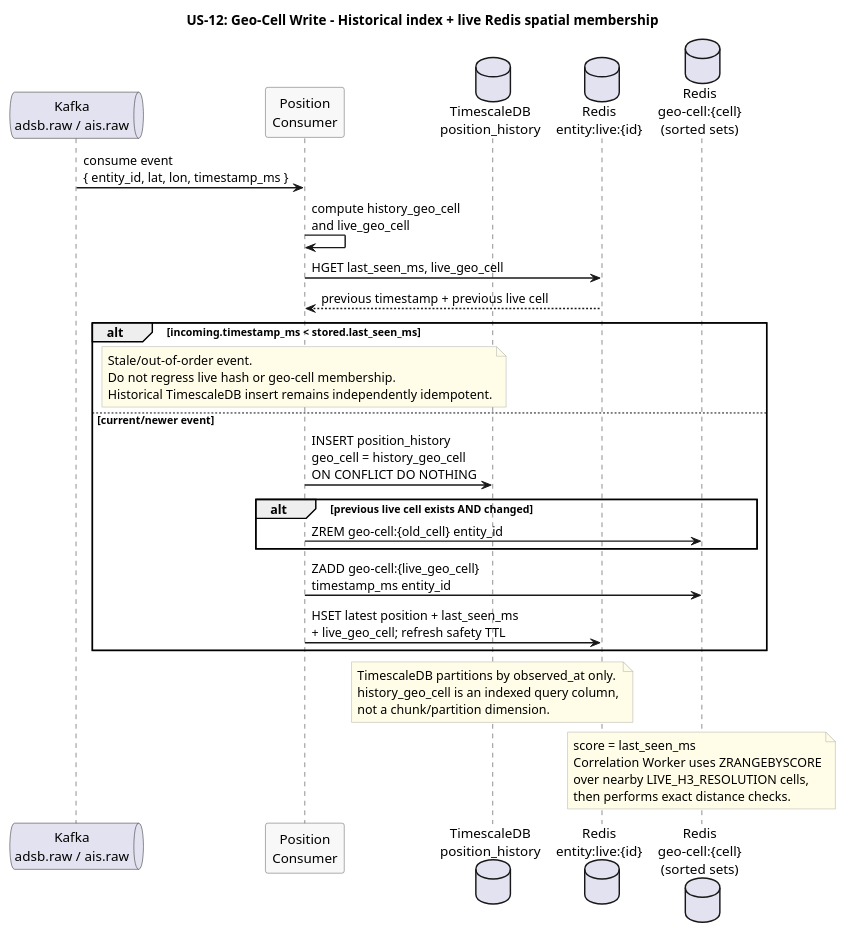
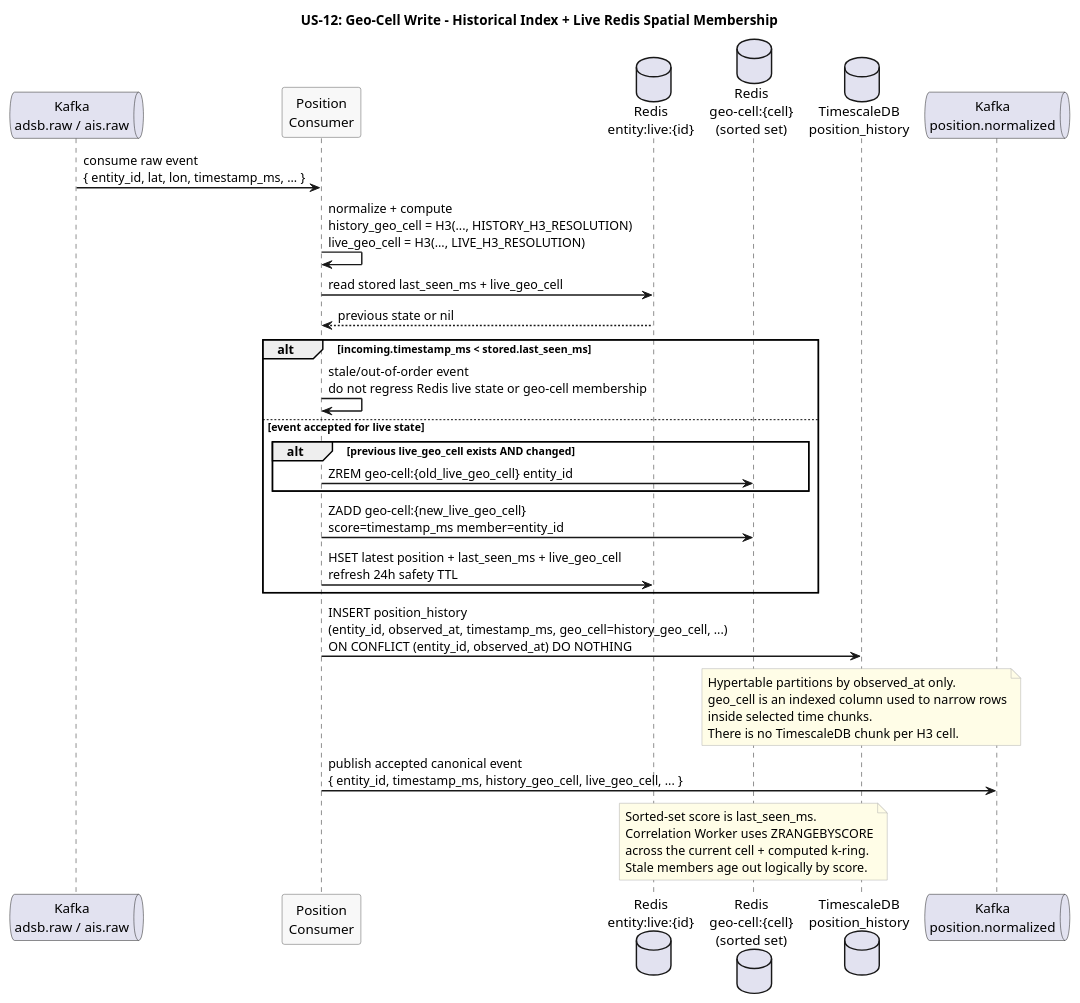
One commit to Buffden/sentinel changed the diagram in docs/use-cases/US-12-geo-spatial-efficiency/geo-cell-write.puml. Above: the diagram before and after it, drawn with PlantUML. The commit also changed 27 other files, not shown here.

Commit message:
docs: align pre-coding contracts and diagrams

```diff
--- a/docs/use-cases/US-12-geo-spatial-efficiency/geo-cell-write.puml
+++ b/docs/use-cases/US-12-geo-spatial-efficiency/geo-cell-write.puml
@@ -1,52 +1,52 @@
 @startuml geo-cell-write
-title US-12: Geo-Cell Write - Historical index + live Redis spatial membership
+title US-12: Geo-Cell Write - Historical Index + Live Redis Spatial Membership
 
 skinparam sequenceArrowThickness 1.5
 skinparam participantBorderColor #555555
 skinparam participantBackgroundColor #F8F8F8
 skinparam noteBorderColor #AAAAAA
 skinparam noteBackgroundColor #FFFDE7
 
 queue "Kafka\nadsb.raw / ais.raw" as Kafka
 participant "Position\nConsumer" as Consumer
+database "Redis\nentity:live:{id}" as LiveState
+database "Redis\ngeo-cell:{cell}\n(sorted set)" as GeoCell
 database "TimescaleDB\nposition_history" as TSDB
-database "Redis\nentity:live:{id}" as Live
-database "Redis\ngeo-cell:{cell}\n(sorted sets)" as GeoCell
+queue "Kafka\nposition.normalized" as Normalized
 
-Kafka -> Consumer : consume event\n{ entity_id, lat, lon, timestamp_ms }
-Consumer -> Consumer : compute history_geo_cell\nand live_geo_cell
+Kafka -> Consumer : consume raw event\n{ entity_id, lat, lon, timestamp_ms, ... }
+Consumer -> Consumer : normalize + compute\nhistory_geo_cell = H3(..., HISTORY_H3_RESOLUTION)\nlive_geo_cell = H3(..., LIVE_H3_RESOLUTION)
 
-Consumer -> Live : HGET last_seen_ms, live_geo_cell
-Live --> Consumer : previous timestamp + previous live cell
+Consumer -> LiveState : read stored last_seen_ms + live_geo_cell
+LiveState --> Consumer : previous state or nil
 
 alt incoming.timestamp_ms < stored.last_seen_ms
-  note over Consumer
-    Stale/out-of-order event.
-    Do not regress live hash or geo-cell membership.
-    Historical TimescaleDB insert remains independently idempotent.
-  end note
-else current/newer event
-  Consumer -> TSDB : INSERT position_history\ngeo_cell = history_geo_cell\nON CONFLICT DO NOTHING
-
-  alt previous live cell exists AND changed
-    Consumer -> GeoCell : ZREM geo-cell:{old_cell} entity_id
+  Consumer -> Consumer : stale/out-of-order event\ndo not regress Redis live state or geo-cell membership
+else event accepted for live state
+  alt previous live_geo_cell exists AND changed
+    Consumer -> GeoCell : ZREM geo-cell:{old_live_geo_cell} entity_id
   end
 
-  Consumer -> GeoCell : ZADD geo-cell:{live_geo_cell}\ntimestamp_ms entity_id
-  Consumer -> Live : HSET latest position + last_seen_ms\n+ live_geo_cell; refresh safety TTL
+  Consumer -> GeoCell : ZADD geo-cell:{new_live_geo_cell}\nscore=timestamp_ms member=entity_id
+  Consumer -> LiveState : HSET latest position + last_seen_ms + live_geo_cell\nrefresh 24h safety TTL
 end
 
+Consumer -> TSDB : INSERT position_history\n(entity_id, observed_at, timestamp_ms, geo_cell=history_geo_cell, ...)\nON CONFLICT (entity_id, observed_at) DO NOTHING
+
 note over TSDB
-  TimescaleDB partitions by observed_at only.
-  history_geo_cell is an indexed query column,
-  not a chunk/partition dimension.
+  Hypertable partitions by observed_at only.
+  geo_cell is an indexed column used to narrow rows
+  inside selected time chunks.
+  There is no TimescaleDB chunk per H3 cell.
 end note
 
+Consumer -> Normalized : publish accepted canonical event\n{ entity_id, timestamp_ms, history_geo_cell, live_geo_cell, ... }
+
 note over GeoCell
-  score = last_seen_ms
+  Sorted-set score is last_seen_ms.
   Correlation Worker uses ZRANGEBYSCORE
-  over nearby LIVE_H3_RESOLUTION cells,
-  then performs exact distance checks.
+  across the current cell + computed k-ring.
+  Stale members age out logically by score.
 end note
 
 @enduml
```
